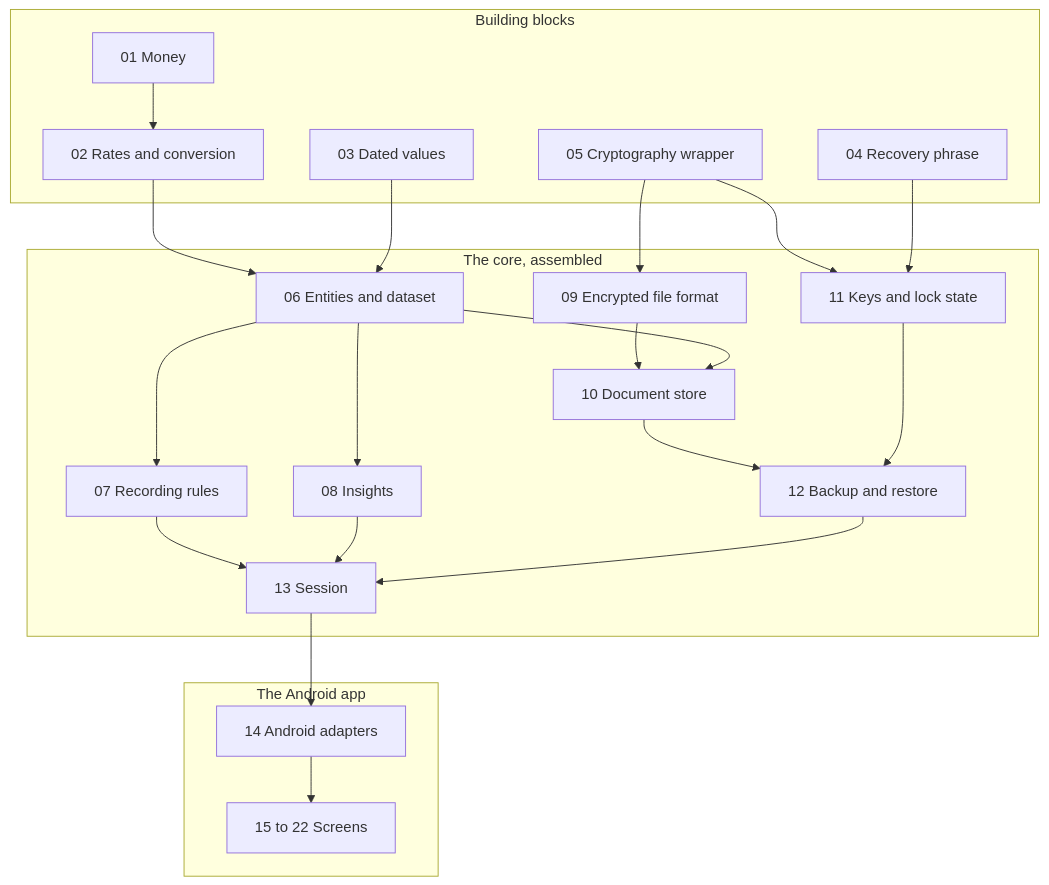
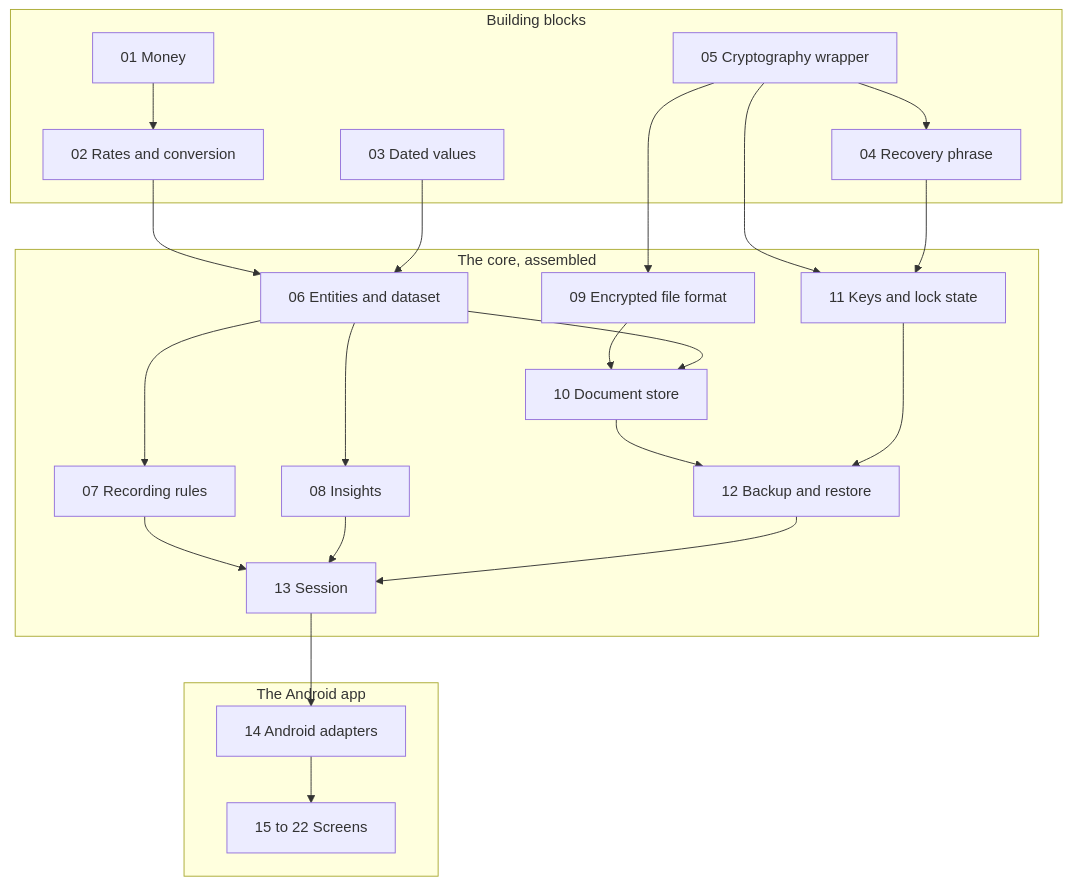
The diagram in docs/implementation-plan.md (arpit92k/Fortuna), drawn with Mermaid before and after one commit. The commit also changed other lines of this file and 7 other files, not shown here.

````diff
--- a/docs/implementation-plan.md
+++ b/docs/implementation-plan.md
@@ -56,42 +56,43 @@
 ```mermaid
 flowchart TB
     subgraph blocks["Building blocks"]
         money["01 Money"]
         rates["02 Rates and conversion"]
         dated["03 Dated values"]
         phrase["04 Recovery phrase"]
         crypto["05 Cryptography wrapper"]
     end
     subgraph core["The core, assembled"]
         entities["06 Entities and dataset"]
         rules["07 Recording rules"]
         insights["08 Insights"]
         format["09 Encrypted file format"]
         store["10 Document store"]
         keys["11 Keys and lock state"]
         backup["12 Backup and restore"]
         session["13 Session"]
     end
     subgraph app["The Android app"]
         adapters["14 Android adapters"]
         screens["15 to 22 Screens"]
     end
 
     money --> rates
     rates --> entities
     dated --> entities
     entities --> rules
     entities --> insights
+    crypto --> phrase
     crypto --> format
     format --> store
     entities --> store
     crypto --> keys
     phrase --> keys
     store --> backup
     keys --> backup
     rules --> session
     insights --> session
     backup --> session
     session --> adapters
     adapters --> screens
 ```
````
